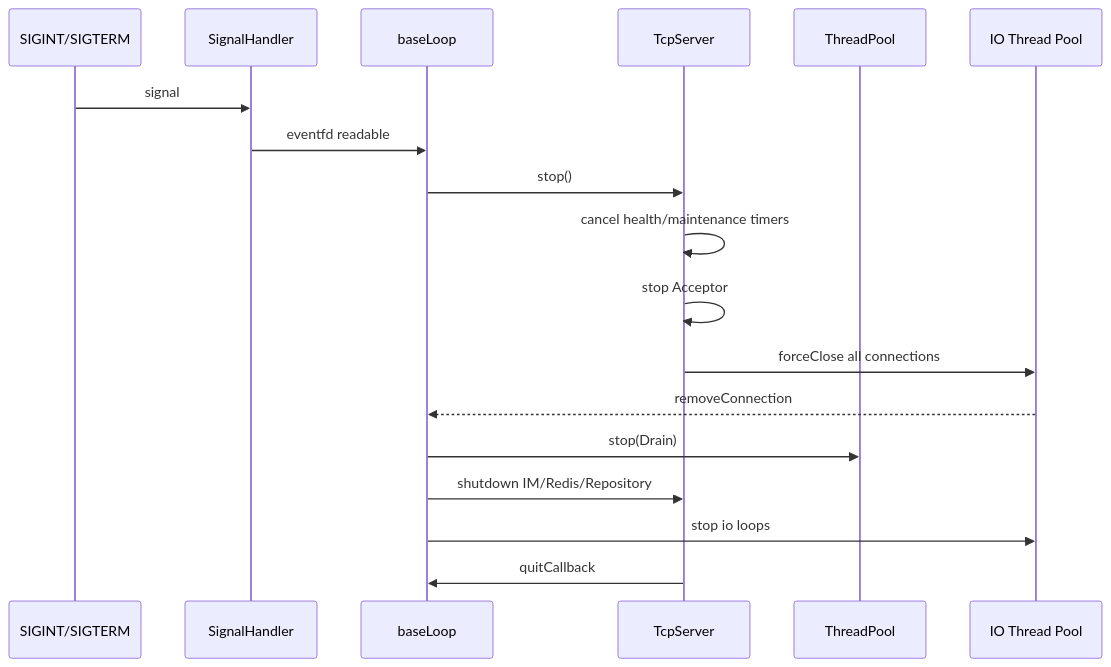
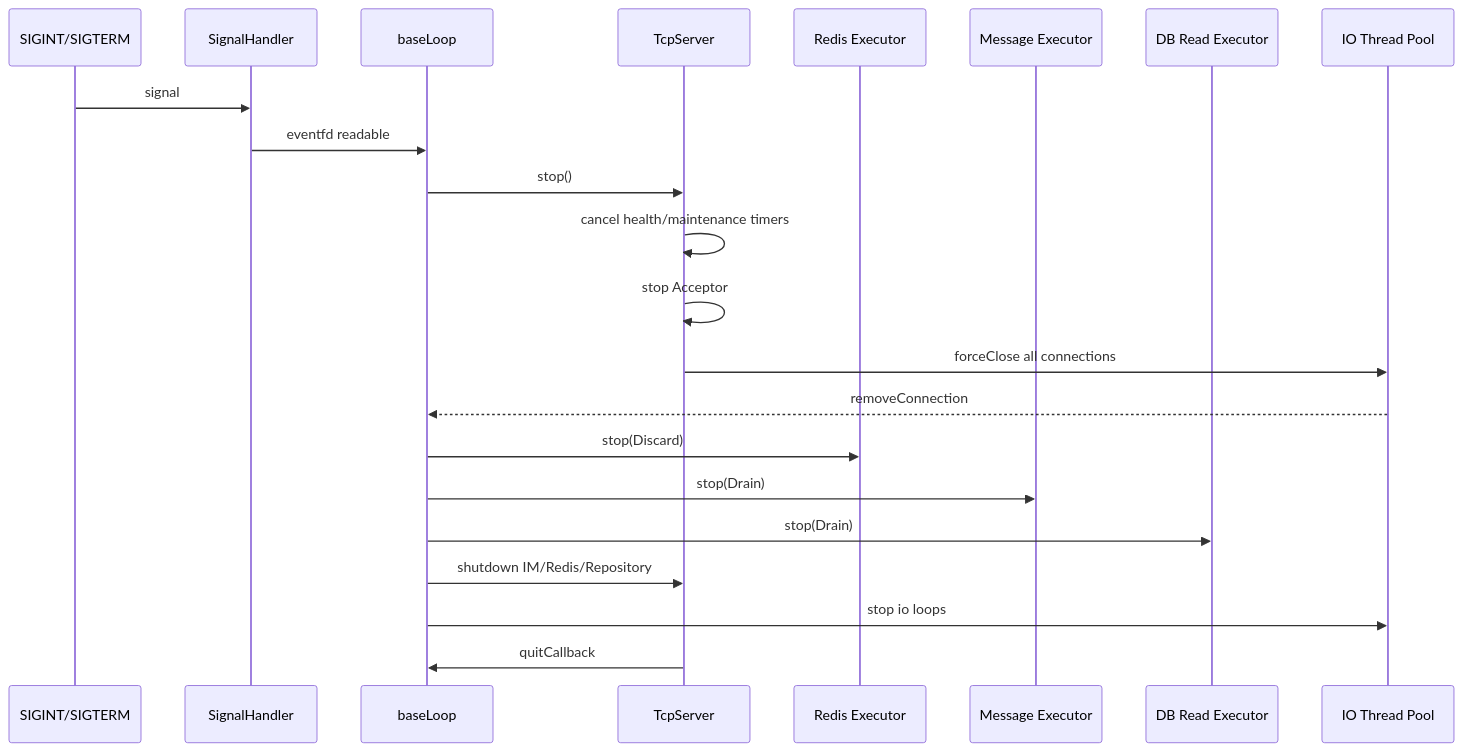
The fifth of 5 diagrams in README.md (gongtengxinyi6ya-collab/Project_Chat), drawn with Mermaid before and after one commit. The commit also changed other lines of this file and 4 other files, not shown here.

````diff
--- a/README.md
+++ b/README.md
@@ -360,21 +547,25 @@
 ```mermaid
 sequenceDiagram
     participant OS as SIGINT/SIGTERM
     participant S as SignalHandler
     participant B as baseLoop
     participant T as TcpServer
-    participant P as ThreadPool
+    participant R as Redis Executor
+    participant M as Message Executor
+    participant D as DB Read Executor
     participant I as IO Thread Pool
 
     OS->>S: signal
     S->>B: eventfd readable
     B->>T: stop()
     T->>T: cancel health/maintenance timers
     T->>T: stop Acceptor
     T->>I: forceClose all connections
     I-->>B: removeConnection
-    B->>P: stop(Drain)
+    B->>R: stop(Discard)
+    B->>M: stop(Drain)
+    B->>D: stop(Drain)
     B->>T: shutdown IM/Redis/Repository
     B->>I: stop io loops
     T->>B: quitCallback
 ```
````
